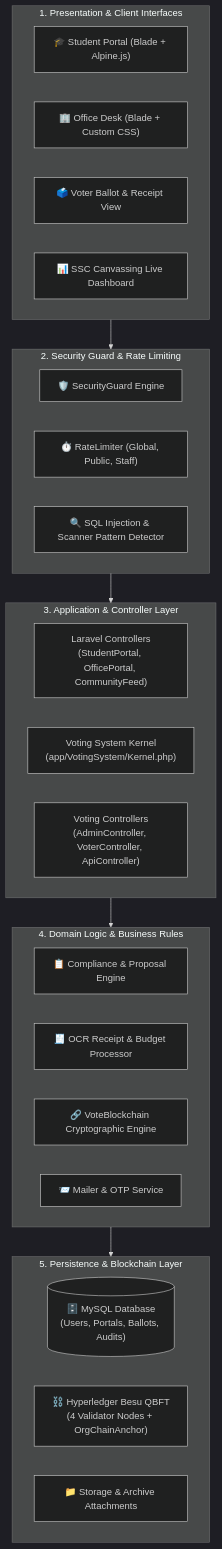
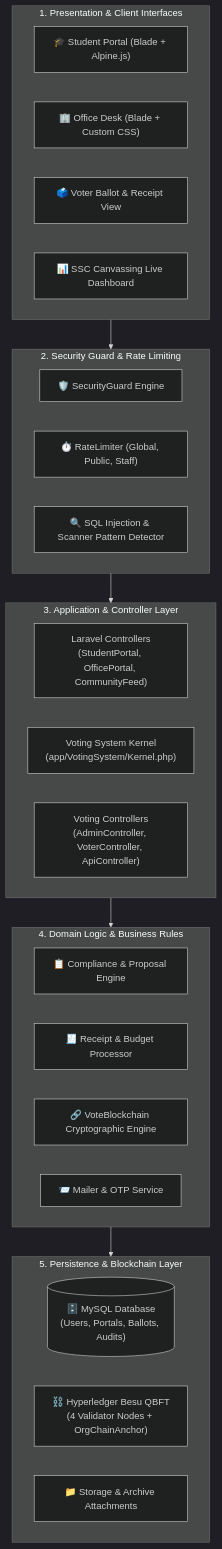
Before and after one commit to chals1029/OrgChainProject: the diagram in ORGCHAIN/01 - System Architecture/High-Level Technical Architecture.md, drawn with Mermaid (dark theme). The commit also changed other lines of this file and 44 other files, not shown here.

````diff
--- a/ORGCHAIN/01 - System Architecture/High-Level Technical Architecture.md
+++ b/ORGCHAIN/01 - System Architecture/High-Level Technical Architecture.md
@@ -21,39 +21,39 @@
 ```mermaid
 graph TB
     subgraph PresentationLayer["1. Presentation & Client Interfaces"]
         SP_UI["🎓 Student Portal (Blade + Alpine.js)"]
         OD_UI["🏢 Office Desk (Blade + Custom CSS)"]
         VS_UI["🗳️ Voter Ballot & Receipt View"]
         CAN_UI["📊 SSC Canvassing Live Dashboard"]
     end
 
     subgraph SecurityLayer["2. Security Guard & Rate Limiting"]
         SG["🛡️ SecurityGuard Engine"]
         RL["⏱️ RateLimiter (Global, Public, Staff)"]
         WAF["🔍 SQL Injection & Scanner Pattern Detector"]
     end
 
     subgraph ControllerLayer["3. Application & Controller Layer"]
         L_CTRL["Laravel Controllers<br/>(StudentPortal, OfficePortal, CommunityFeed)"]
         V_KERN["Voting System Kernel<br/>(app/VotingSystem/Kernel.php)"]
         V_CTRL["Voting Controllers<br/>(AdminController, VoterController, ApiController)"]
     end
 
     subgraph DomainLayer["4. Domain Logic & Business Rules"]
         PROP_ENG["📋 Compliance & Proposal Engine"]
-        OCR_ENG["🧾 OCR Receipt & Budget Processor"]
+        BUDGET_ENG["🧾 Receipt & Budget Processor"]
         VCHAIN["🔗 VoteBlockchain Cryptographic Engine"]
         NOTIF["📨 Mailer & OTP Service"]
     end
 
     subgraph DataLayer["5. Persistence & Blockchain Layer"]
         MYSQL[("🗄️ MySQL Database<br/>(Users, Portals, Ballots, Audits)")]
         BESU["⛓️ Hyperledger Besu QBFT<br/>(4 Validator Nodes + OrgChainAnchor)"]
         FS["📁 Storage & Archive Attachments"]
     end
 
     PresentationLayer --> SecurityLayer
     SecurityLayer --> ControllerLayer
     ControllerLayer --> DomainLayer
     DomainLayer --> DataLayer
 ```
````
